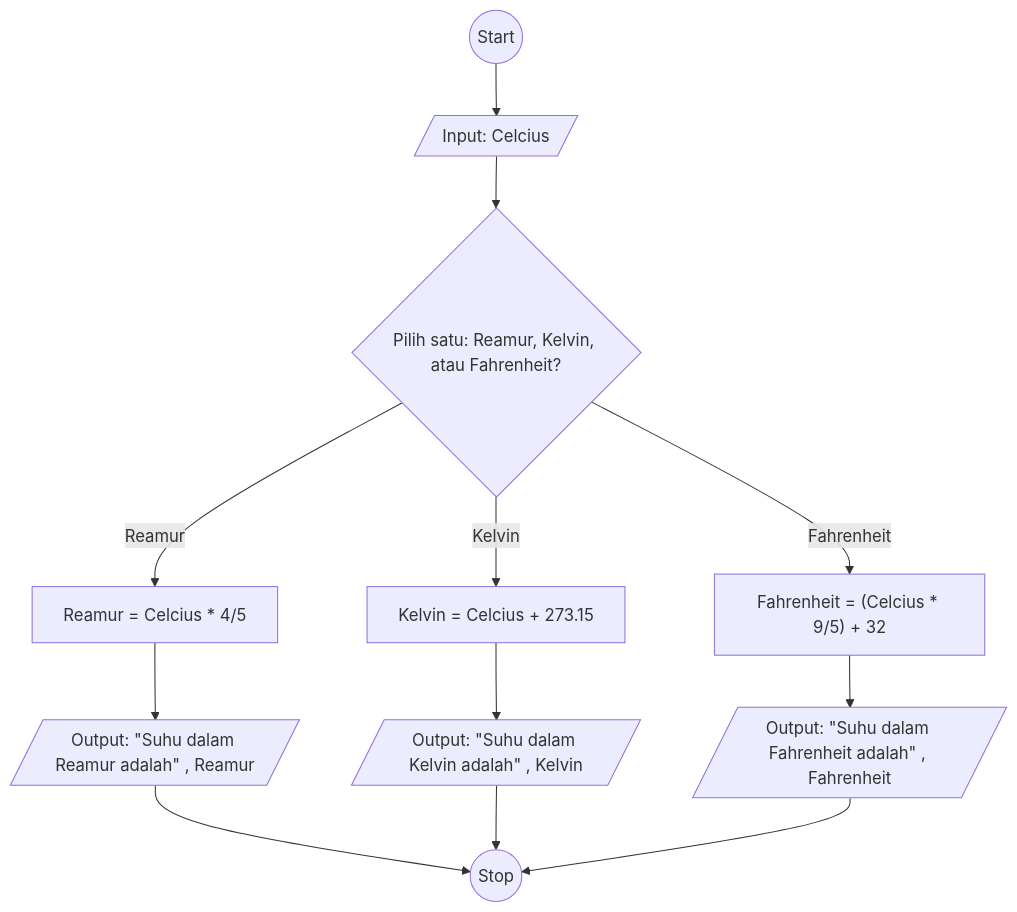
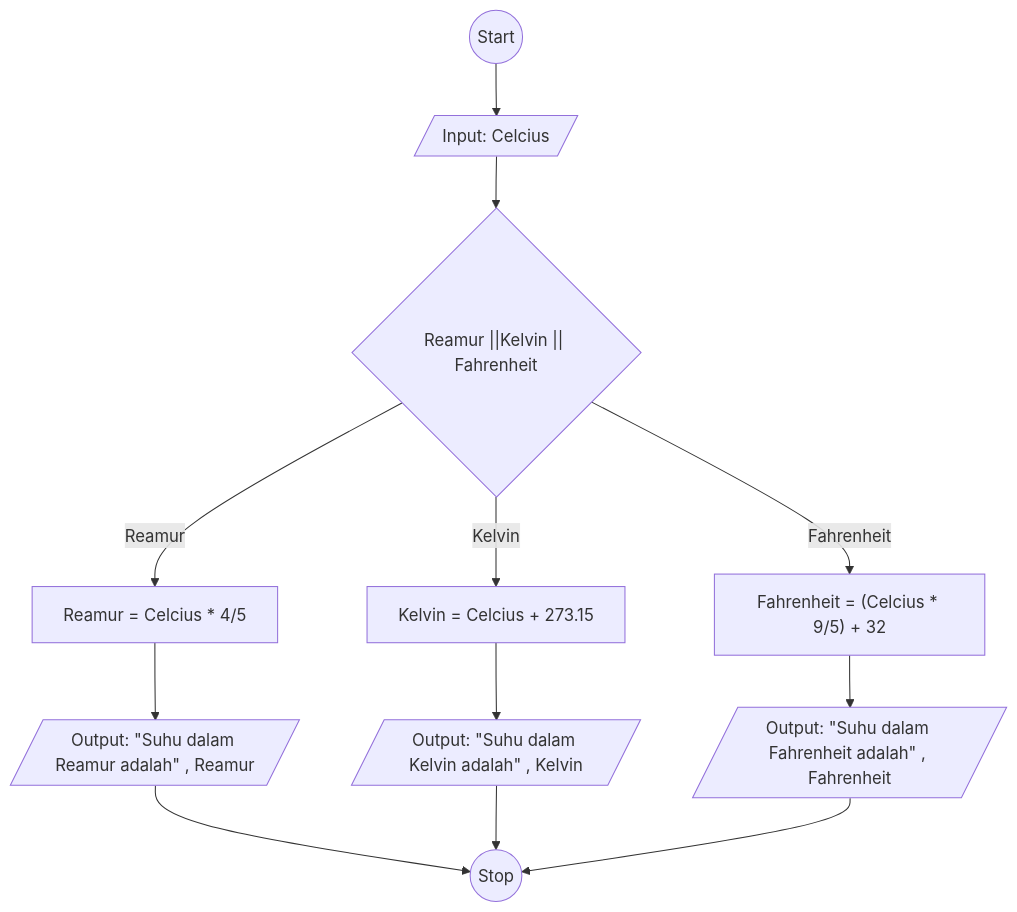
One commit to makarim22/koda-b6-algoritma changed the diagram in algoritma-konversi-suhu.md. Above: the diagram before and after it, drawn with Mermaid. The commit also changed other lines of this file, not shown here.

````diff
--- a/algoritma-konversi-suhu.md
+++ b/algoritma-konversi-suhu.md
@@ -16,24 +16,24 @@
 ```mermaid
 flowchart TD
 
     A@{ shape: circle, label: "Start" } --> 
     B@{ shape: lean-r, label: "Input: Celcius" } --> F
     C@{ shape: rect, label: "Reamur = Celcius * 4/5" }
     D@{ shape: rect, label: "Kelvin = Celcius + 273.15" }
     E@{ shape: rect, label: "Fahrenheit = (Celcius * 9/5) + 32" }    
    
-    F@{ shape: diamond, label: "Pilih satu: Reamur, Kelvin, atau Fahrenheit?" } 
+    F@{ shape: diamond, label: "Reamur ||Kelvin || Fahrenheit" } 
 
     X@{ shape: lean-r, label: "Output: \"Suhu dalam Reamur adalah\" , Reamur" }
     Y@{ shape: lean-r, label: "Output: \"Suhu dalam Kelvin adalah\" , Kelvin" }
     Z@{ shape: lean-r, label: "Output: \"Suhu dalam Fahrenheit adalah\" , Fahrenheit" }
    
     F -- "Reamur" --> C --> X --> J
     F -- "Kelvin" --> D --> Y --> J
     F -- "Fahrenheit" --> E --> Z --> J
 
     J@{ shape: circle, label: "Stop" } 
 
  
 
 ```
````
